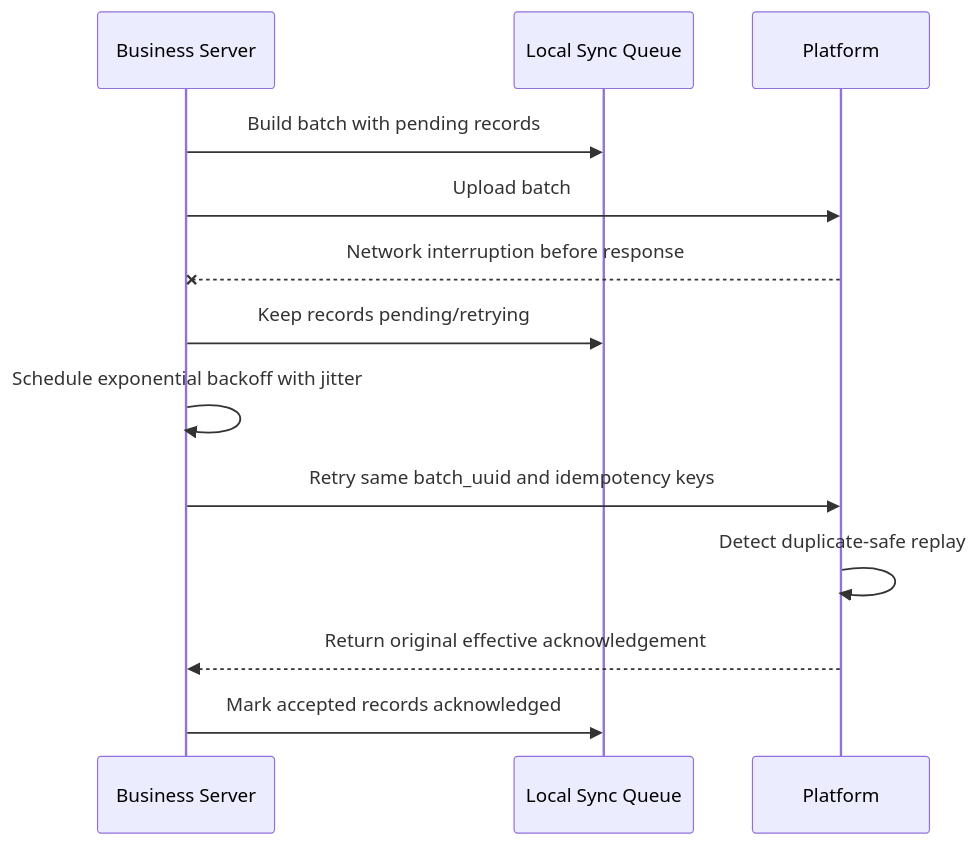
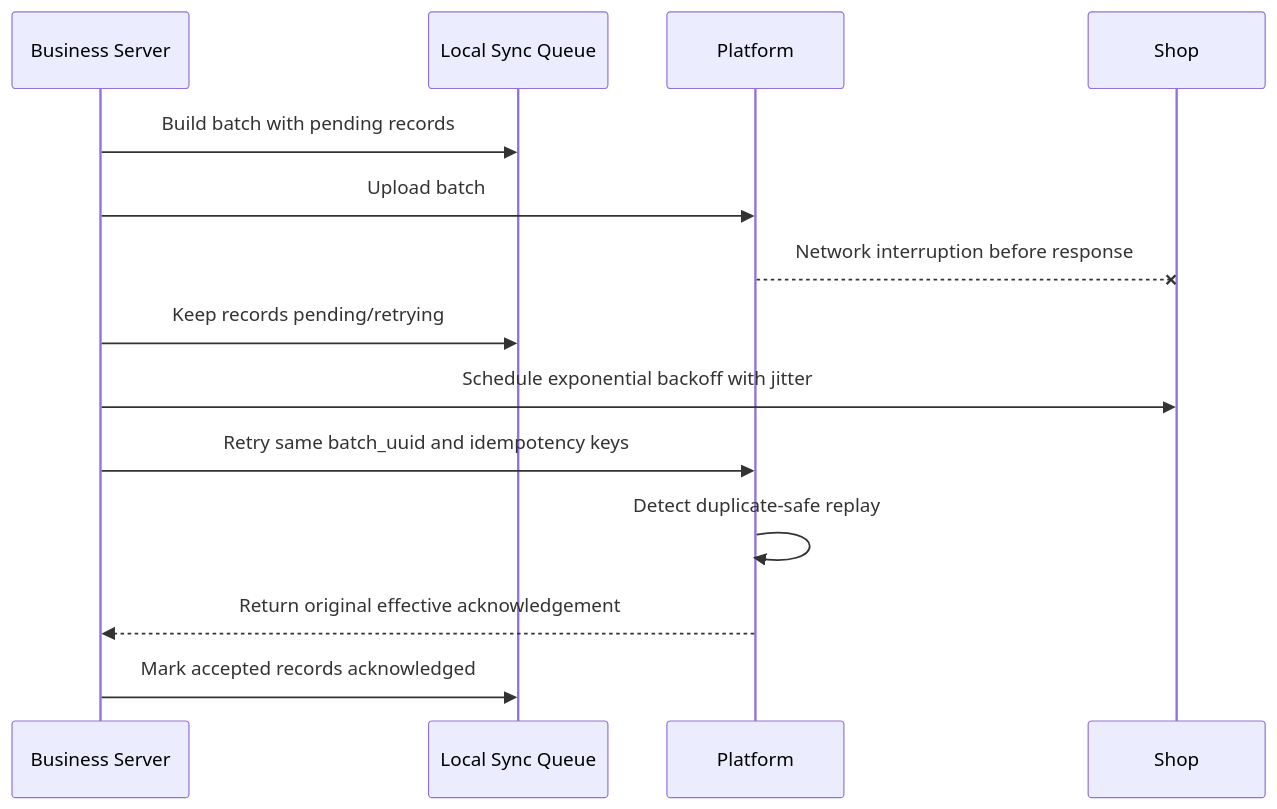
The diagram in docs/synchronization/failure-recovery.md (labboisah/marketlens), drawn with Mermaid before and after one commit. The commit also changed 575 other files, not shown here.

````diff
--- a/docs/synchronization/failure-recovery.md
+++ b/docs/synchronization/failure-recovery.md
@@ -96,16 +96,16 @@
 ```mermaid
 sequenceDiagram
-    participant Shop as Business Server
+    participant Server as Business Server
     participant Queue as Local Sync Queue
     participant Platform as Platform
 
-    Shop->>Queue: Build batch with pending records
-    Shop->>Platform: Upload batch
+    Server->>Queue: Build batch with pending records
+    Server->>Platform: Upload batch
     Platform--xShop: Network interruption before response
-    Shop->>Queue: Keep records pending/retrying
-    Shop->>Shop: Schedule exponential backoff with jitter
-    Shop->>Platform: Retry same batch_uuid and idempotency keys
+    Server->>Queue: Keep records pending/retrying
+    Server->>Shop: Schedule exponential backoff with jitter
+    Server->>Platform: Retry same batch_uuid and idempotency keys
     Platform->>Platform: Detect duplicate-safe replay
-    Platform-->>Shop: Return original effective acknowledgement
-    Shop->>Queue: Mark accepted records acknowledged
+    Platform-->>Server: Return original effective acknowledgement
+    Server->>Queue: Mark accepted records acknowledged
 ```
````
